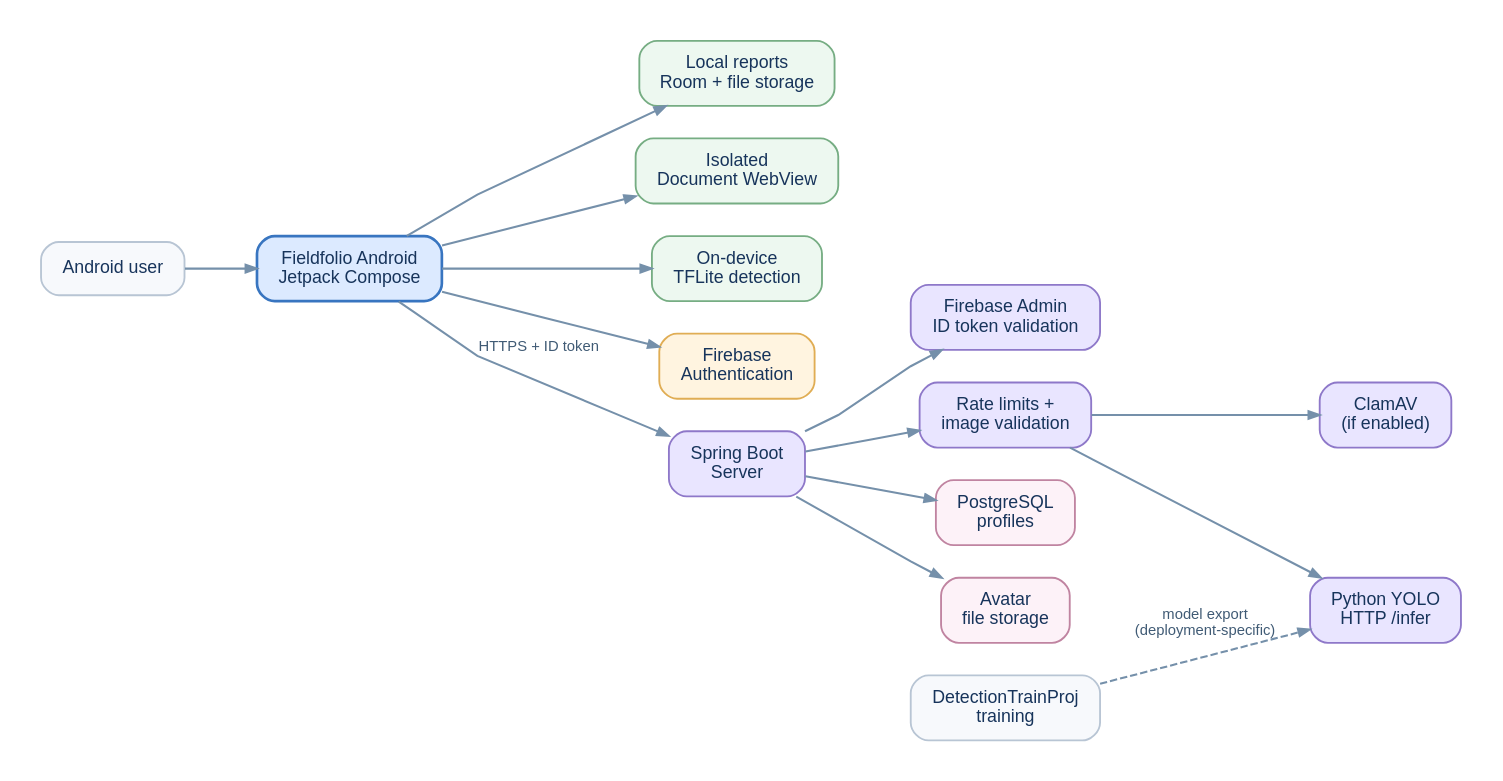
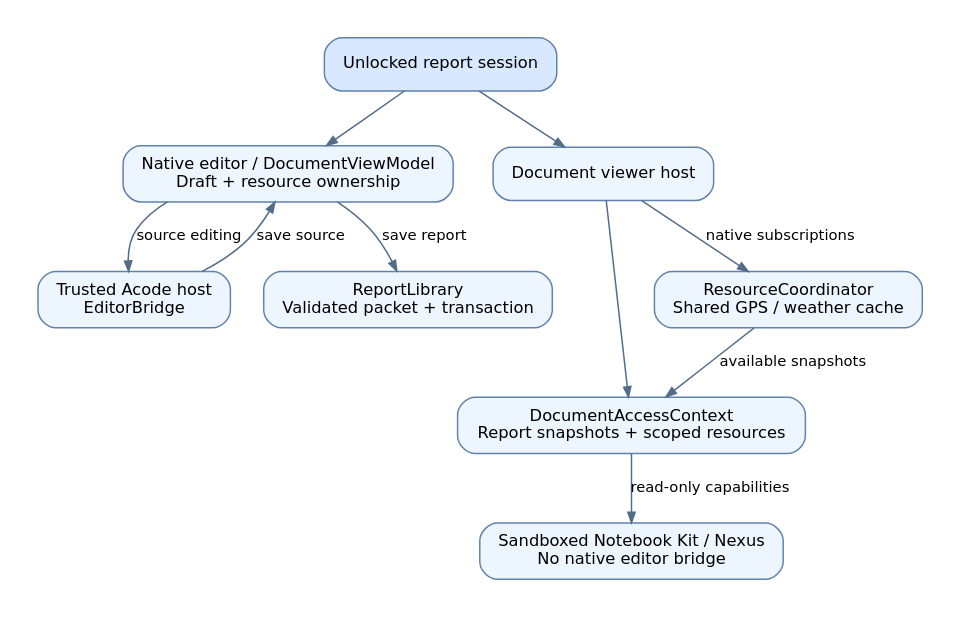
Before and after one commit to KarandaevRuslan/FieldFolio: the diagram in docs/diagrams/runtime-overview.dot, drawn with Graphviz. The commit also changed 58 other files, not shown here.

```diff
--- a/docs/diagrams/runtime-overview.dot
+++ b/docs/diagrams/runtime-overview.dot
@@ -1,37 +1,21 @@
 digraph Fieldfolio {
-  graph [rankdir=LR, bgcolor="white", pad="0.28", nodesep="0.30", ranksep="0.67",
-         splines=polyline, fontname="Arial", fontsize=15];
-  node  [shape=box, style="rounded,filled", fillcolor="#eff6ff", color="#7196c5",
-         fontcolor="#17345b", fontname="Arial", fontsize=12, margin="0.20,0.12", penwidth=1.25];
-  edge  [color="#7590aa", arrowsize=0.75, penwidth=1.4, fontname="Arial",
-         fontsize=10, fontcolor="#405b75"];
-  Worker [label="Android user", fillcolor="#f7f9fc", color="#b8c5d4"];
-  Mobile [label="Fieldfolio Android\nJetpack Compose", fillcolor="#dceaff", color="#3875c0", penwidth=1.8];
-  Local [label="Local reports\nRoom + file storage", fillcolor="#edf8f0", color="#76ad83"];
-  Doc [label="Isolated\nDocument WebView", fillcolor="#edf8f0", color="#76ad83"];
-  TFLite [label="On-device\nTFLite detection", fillcolor="#edf8f0", color="#76ad83"];
-  Firebase [label="Firebase\nAuthentication", fillcolor="#fff4e0", color="#e0ad54"];
-  API [label="Spring Boot\nServer", fillcolor="#e9e5ff", color="#8e78c9"];
-  Token [label="Firebase Admin\nID token validation", fillcolor="#e9e5ff", color="#8e78c9"];
-  Guard [label="Rate limits +\nimage validation", fillcolor="#e9e5ff", color="#8e78c9"];
-  AV [label="ClamAV\n(if enabled)", fillcolor="#e9e5ff", color="#8e78c9"];
-  YOLO [label="Python YOLO\nHTTP /infer", fillcolor="#e9e5ff", color="#8e78c9"];
-  DB [label="PostgreSQL\nprofiles", fillcolor="#fdf2f8", color="#c084a1"];
-  Files [label="Avatar\nfile storage", fillcolor="#fdf2f8", color="#c084a1"];
-  Train [label="DetectionTrainProj\ntraining", fillcolor="#f7f9fc", color="#b8c5d4"];
-
-  Worker -> Mobile;
-  Mobile -> Local;
-  Mobile -> Doc;
-  Mobile -> TFLite;
-  Mobile -> Firebase;
-  Mobile -> API [label="HTTPS + ID token"];
-  API -> Token;
-  API -> Guard;
-  Guard -> AV;
-  Guard -> YOLO;
-  API -> DB;
-  API -> Files;
-  Train -> YOLO [style=dashed, label="model export\n(deployment-specific)"];
-  {rank=same; Local; Doc; TFLite; Firebase; API}
+graph [rankdir=TB, bgcolor="white", pad="0.25", nodesep="0.30", ranksep="0.48", fontname="DejaVu Sans"];
+node [shape=box, style="rounded,filled", fillcolor="#edf5ff", color="#6082ad", fontname="DejaVu Sans", fontsize=11, margin="0.16,0.10"];
+edge [color="#536c88", fontname="DejaVu Sans", fontsize=10, arrowsize=0.7];
+Session [label="Unlocked report session",fillcolor="#d8e8ff"];
+Edit [label="Native editor / DocumentViewModel\nDraft + resource ownership"];
+Acode [label="Trusted Acode host\nEditorBridge"];
+Save [label="ReportLibrary\nValidated packet + transaction"];
+View [label="Document viewer host"];
+Context [label="DocumentAccessContext\nReport snapshots + scoped resources"];
+Notebook [label="Sandboxed Notebook Kit / Nexus\nNo native editor bridge"];
+Coordinator [label="ResourceCoordinator\nShared GPS / weather cache"];
+Session -> Edit; Session -> View;
+Edit -> Acode [label="source editing"];
+Acode -> Edit [label="save source"];
+Edit -> Save [label="save report"];
+View -> Context;
+Context -> Notebook [label="read-only capabilities"];
+View -> Coordinator [label="native subscriptions"];
+Coordinator -> Context [label="available snapshots"];
 }
```
